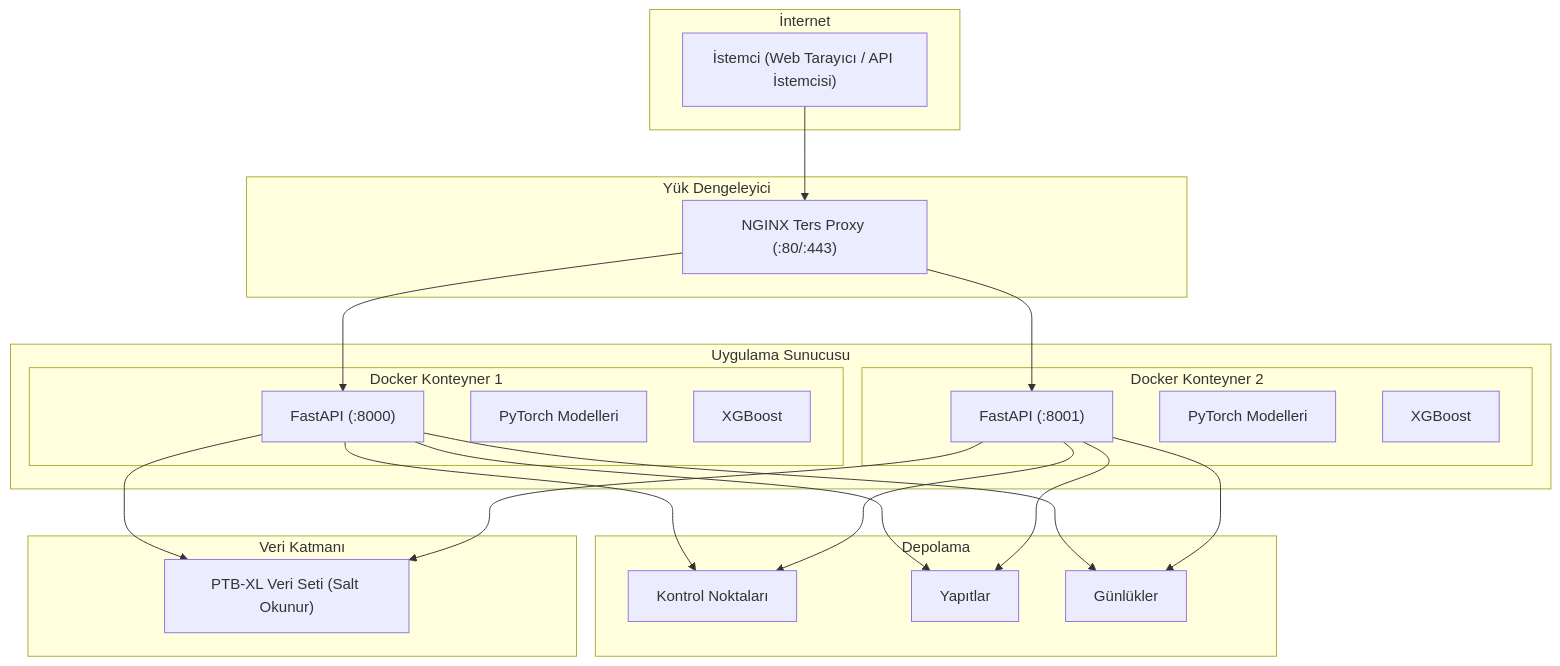
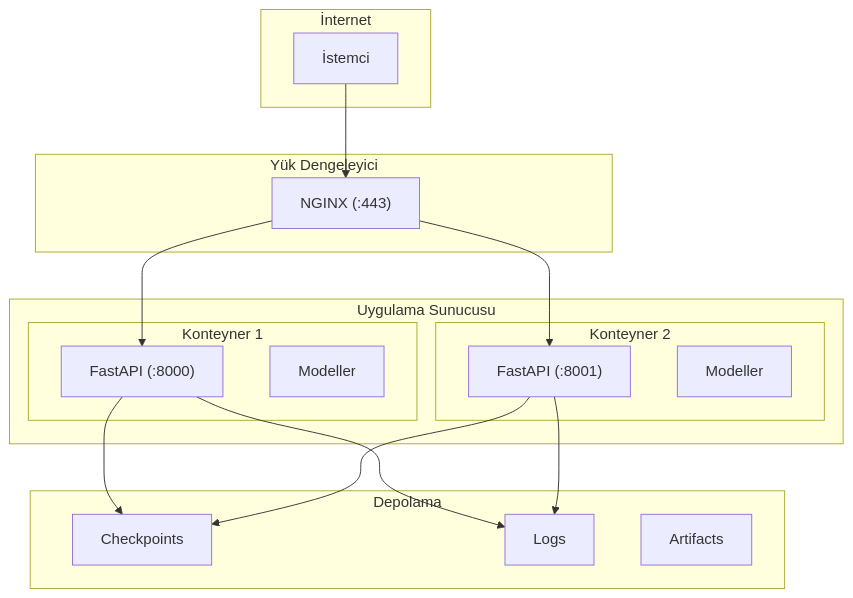
One commit to mUsaulug/CardioGuard-AI changed the first of 2 diagrams in docs/diagrams/05_deployment_diagram.md. Above: the diagram before and after it, drawn with Mermaid. The commit also changed other lines of this file and 5 other files, not shown here.

````diff
--- a/docs/diagrams/05_deployment_diagram.md
+++ b/docs/diagrams/05_deployment_diagram.md
@@ -31,46 +20,35 @@
 ```mermaid
 graph TB
     subgraph Internet["İnternet"]
-        CLIENT["İstemci (Web Tarayıcı / API İstemcisi)"]
+        CLIENT["İstemci"]
     end
     
-    subgraph Yuk_Dengeleyici["Yük Dengeleyici"]
-        NGINX["NGINX Ters Proxy (:80/:443)"]
+    subgraph LB["Yük Dengeleyici"]
+        NGINX["NGINX (:443)"]
     end
     
-    subgraph Uygulama_Sunucusu["Uygulama Sunucusu"]
-        subgraph Container1["Docker Konteyner 1"]
-            FASTAPI1["FastAPI (:8000)"]
-            MODELS1["PyTorch Modelleri"]
-            XGB1["XGBoost"]
+    subgraph App["Uygulama Sunucusu"]
+        subgraph C1["Konteyner 1"]
+            API1["FastAPI (:8000)"]
+            M1["Modeller"]
         end
-        
-        subgraph Container2["Docker Konteyner 2"]
-            FASTAPI2["FastAPI (:8001)"]
-            MODELS2["PyTorch Modelleri"]
-            XGB2["XGBoost"]
+        subgraph C2["Konteyner 2"]
+            API2["FastAPI (:8001)"]
+            M2["Modeller"]
         end
     end
     
-    subgraph Depolama["Depolama"]
-        CHECKPOINTS["Kontrol Noktaları"]
-        ARTIFACTS["Yapıtlar"]
-        LOGS["Günlükler"]
-    end
-    
-    subgraph Veri_Katmani["Veri Katmanı"]
-        PTBXL["PTB-XL Veri Seti (Salt Okunur)"]
+    subgraph Storage["Depolama"]
+        CKPT["Checkpoints"]
+        LOGS["Logs"]
+        ARTIFACTS["Artifacts"]
     end
     
     CLIENT --> NGINX
-    NGINX --> FASTAPI1
-    NGINX --> FASTAPI2
-    FASTAPI1 --> CHECKPOINTS
-    FASTAPI1 --> ARTIFACTS
-    FASTAPI1 --> LOGS
-    FASTAPI2 --> CHECKPOINTS
-    FASTAPI2 --> ARTIFACTS
-    FASTAPI2 --> LOGS
-    FASTAPI1 --> PTBXL
-    FASTAPI2 --> PTBXL
+    NGINX --> API1
+    NGINX --> API2
+    API1 --> CKPT
+    API1 --> LOGS
+    API2 --> CKPT
+    API2 --> LOGS
 ```
````
